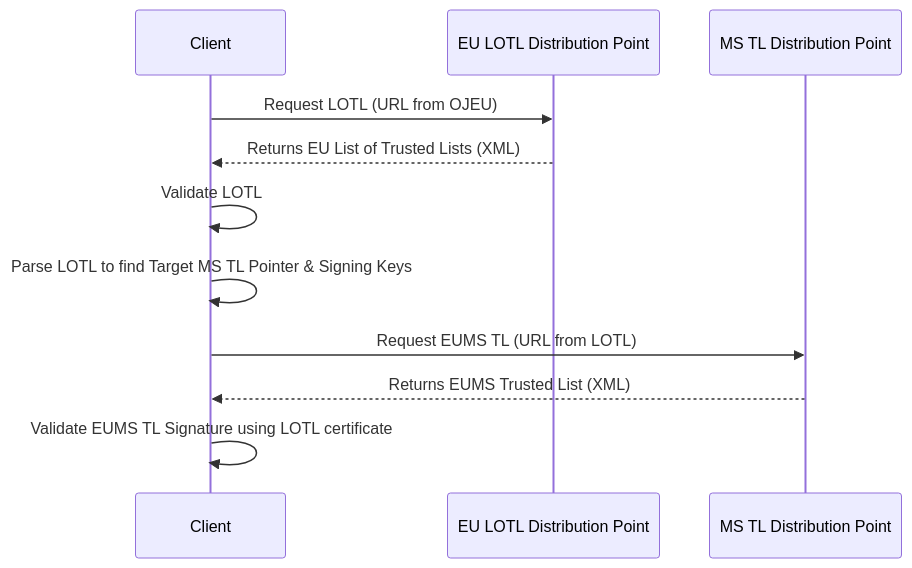
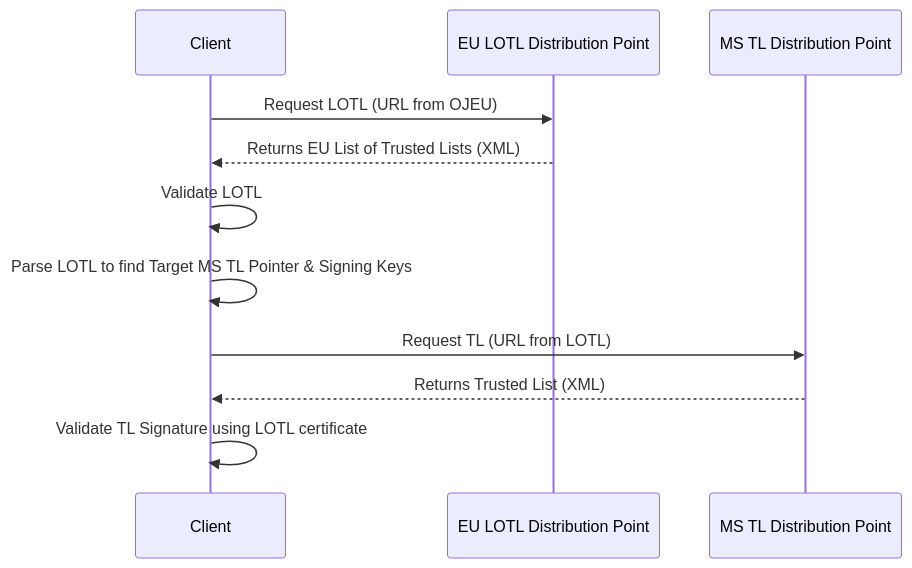
Before and after one commit to APTITUDE-Consortium/wp2-trust-specifications: the third of 4 diagrams in docs/topics/trust-anchor-validation.md, drawn with Mermaid. The commit also changed other lines of this file and 7 other files, not shown here.

````diff
--- a/docs/topics/trust-anchor-validation.md
+++ b/docs/topics/trust-anchor-validation.md
@@ -187,15 +187,15 @@
 ```mermaid
 sequenceDiagram
     participant Client
     participant EU_API as EU LOTL Distribution Point
     participant MS_Repo as MS TL Distribution Point
 
     Client->>EU_API: Request LOTL (URL from OJEU) 
     EU_API-->>Client: Returns EU List of Trusted Lists (XML)
     Client->>Client: Validate LOTL
     Client->>Client: Parse LOTL to find Target MS TL Pointer & Signing Keys
     
-    Client->>MS_Repo: Request EUMS TL (URL from LOTL)
-    MS_Repo-->>Client: Returns EUMS Trusted List (XML)
-    Client->>Client: Validate EUMS TL Signature using LOTL certificate
+    Client->>MS_Repo: Request TL (URL from LOTL)
+    MS_Repo-->>Client: Returns Trusted List (XML)
+    Client->>Client: Validate TL Signature using LOTL certificate
 ```
````
